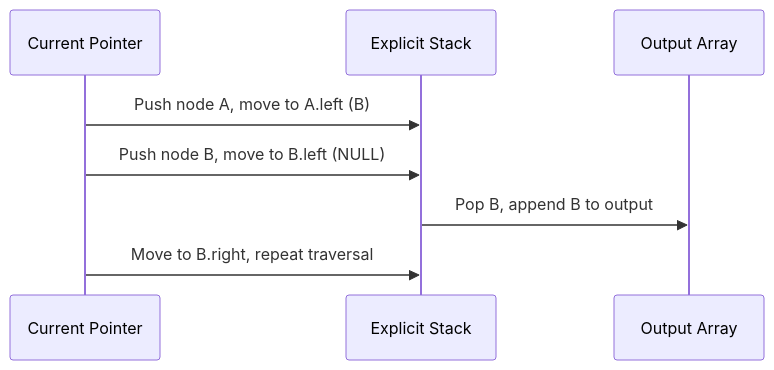
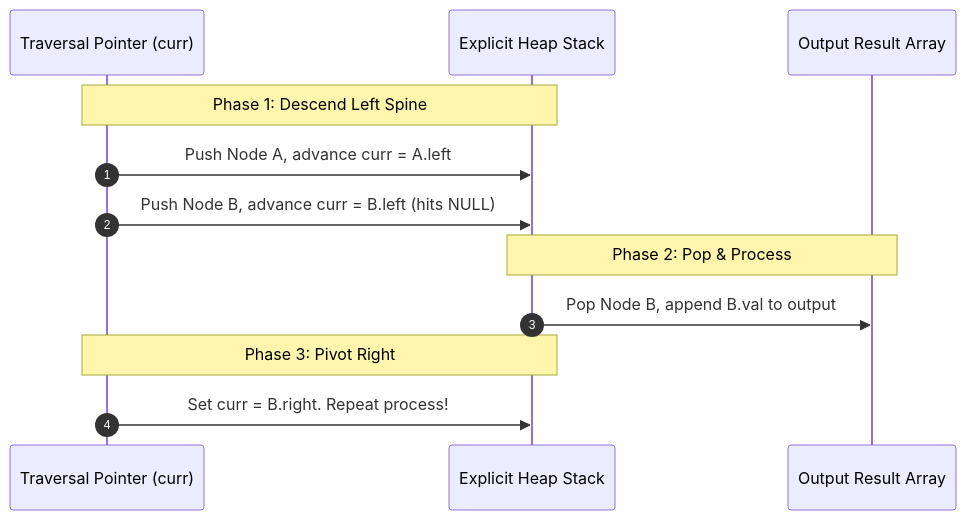
The sixth of 10 diagrams in content/docs/dsa/02-trees-heaps-and-core-patterns/01-binary-trees-and-traversals.mdx (1345AbhishekKumar/cs-cookbook), drawn with Mermaid before and after one commit. The commit also changed other lines of this file and 211 other files, not shown here.

````diff
--- a/content/docs/dsa/02-trees-heaps-and-core-patterns/01-binary-trees-and-traversals.mdx
+++ b/content/docs/dsa/02-trees-heaps-and-core-patterns/01-binary-trees-and-traversals.mdx
@@ -127,11 +283,16 @@
 ```mermaid
 sequenceDiagram
-    participant Ptr as Current Pointer
-    participant Stk as Explicit Stack
-    participant Out as Output Array
+    autonumber
+    participant Ptr as Traversal Pointer (curr)
+    participant Stk as Explicit Heap Stack
+    participant Out as Output Result Array
 
-    Ptr->>Stk: Push node A, move to A.left (B)
-    Ptr->>Stk: Push node B, move to B.left (NULL)
-    Stk->>Out: Pop B, append B to output
-    Ptr->>Stk: Move to B.right, repeat traversal
+    Note over Ptr,Stk: Phase 1: Descend Left Spine
+    Ptr->>Stk: Push Node A, advance curr = A.left
+    Ptr->>Stk: Push Node B, advance curr = B.left (hits NULL)
+
+    Note over Stk,Out: Phase 2: Pop & Process
+    Stk->>Out: Pop Node B, append B.val to output
+    Note over Ptr,Stk: Phase 3: Pivot Right
+    Ptr->>Stk: Set curr = B.right. Repeat process!
 ```
````
